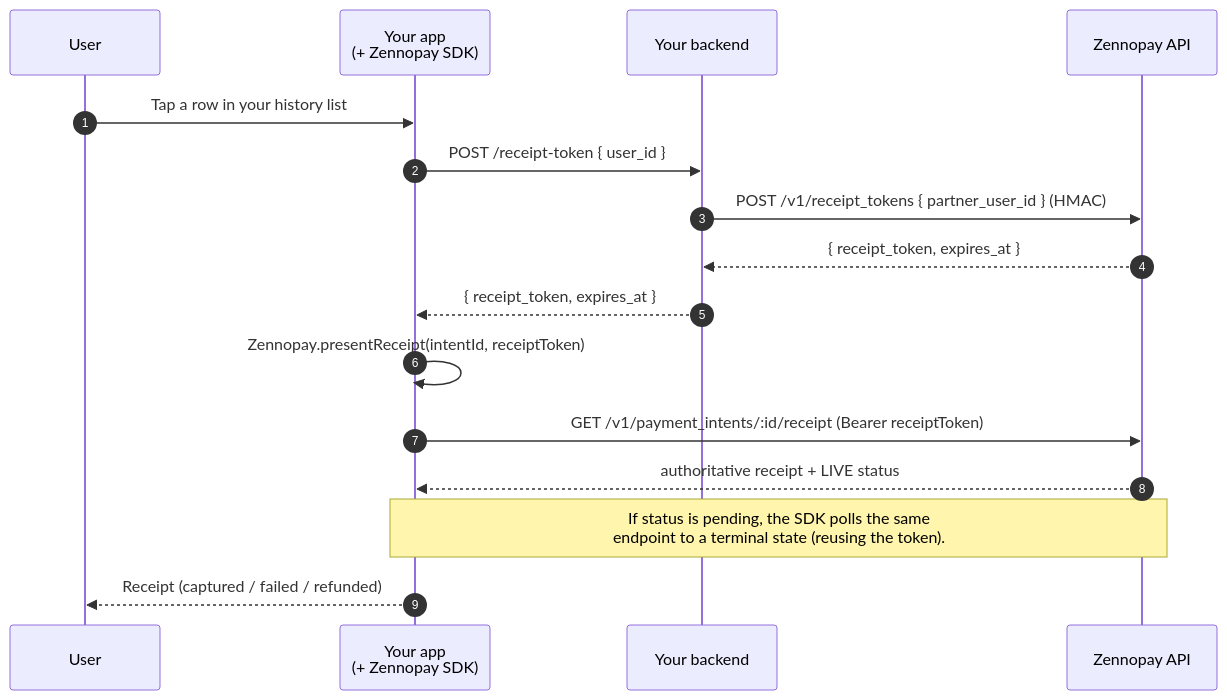
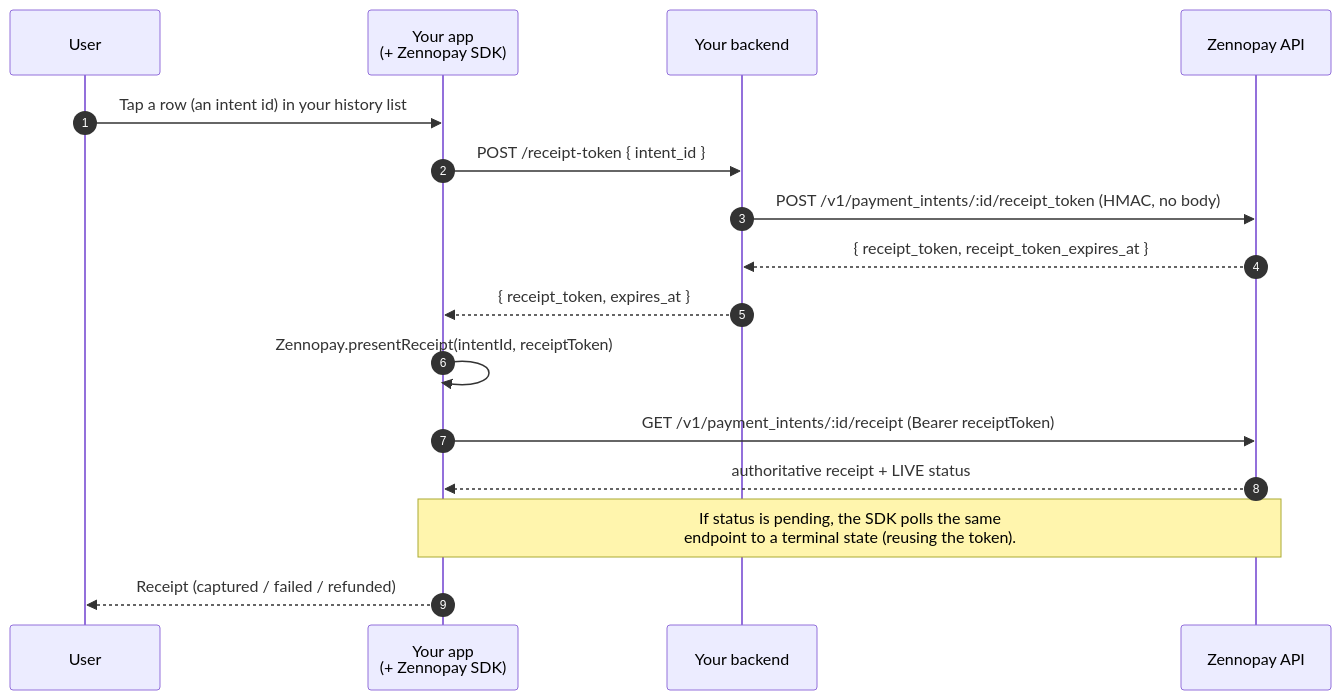
Before and after one commit to Zennopay/zennopay-docs: the diagram in payments/reopen-receipt.mdx, drawn with Mermaid. The commit also changed other lines of this file and 9 other files, not shown here.

First line of the commit message:
docs: correct receipt-token mint endpoint to the real shipped shape (PAY-39)

````diff
--- a/payments/reopen-receipt.mdx
+++ b/payments/reopen-receipt.mdx
@@ -31,19 +31,19 @@
 ```mermaid
 sequenceDiagram
     autonumber
     participant U as User
     participant App as Your app<br/>(+ Zennopay SDK)
     participant BE as Your backend
     participant ZP as Zennopay API
 
-    U->>App: Tap a row in your history list
-    App->>BE: POST /receipt-token { user_id }
-    BE->>ZP: POST /v1/receipt_tokens { partner_user_id } (HMAC)
-    ZP-->>BE: { receipt_token, expires_at }
+    U->>App: Tap a row (an intent id) in your history list
+    App->>BE: POST /receipt-token { intent_id }
+    BE->>ZP: POST /v1/payment_intents/:id/receipt_token (HMAC, no body)
+    ZP-->>BE: { receipt_token, receipt_token_expires_at }
     BE-->>App: { receipt_token, expires_at }
     App->>App: Zennopay.presentReceipt(intentId, receiptToken)
     App->>ZP: GET /v1/payment_intents/:id/receipt (Bearer receiptToken)
     ZP-->>App: authoritative receipt + LIVE status
     Note over App,ZP: If status is pending, the SDK polls the same<br/>endpoint to a terminal state (reusing the token).
     App-->>U: Receipt (captured / failed / refunded)
 ```
````
